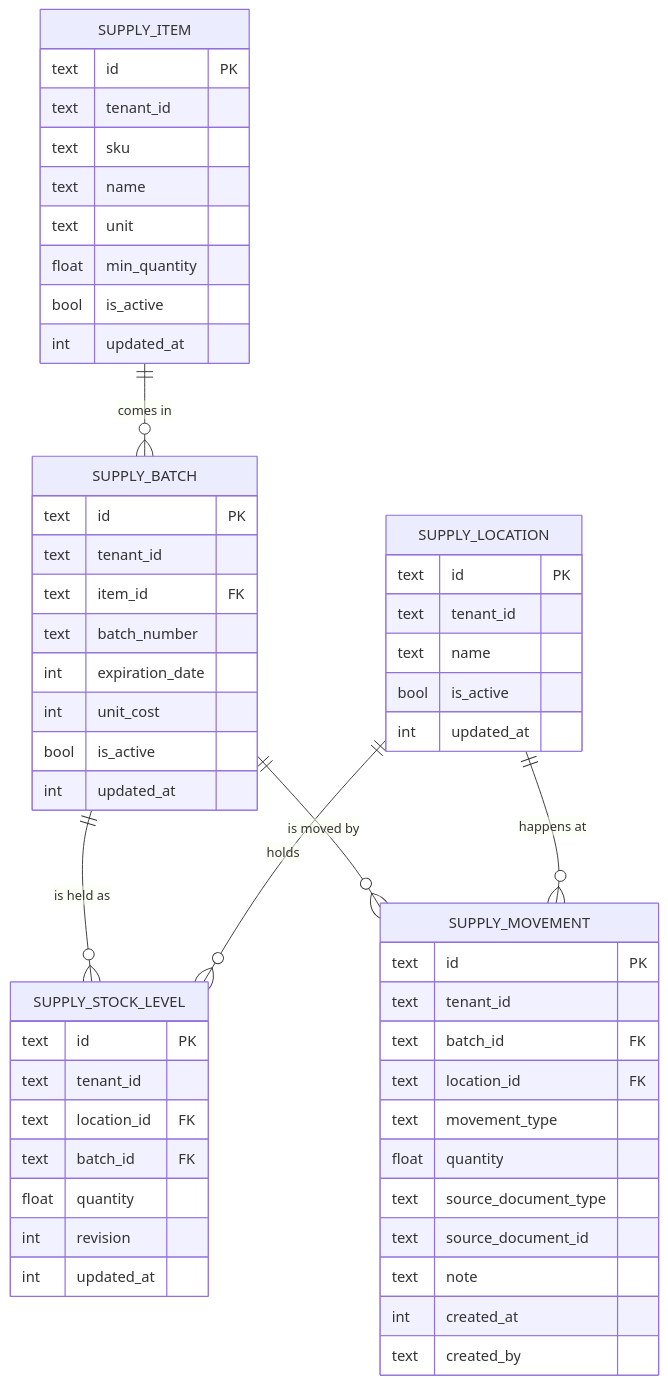
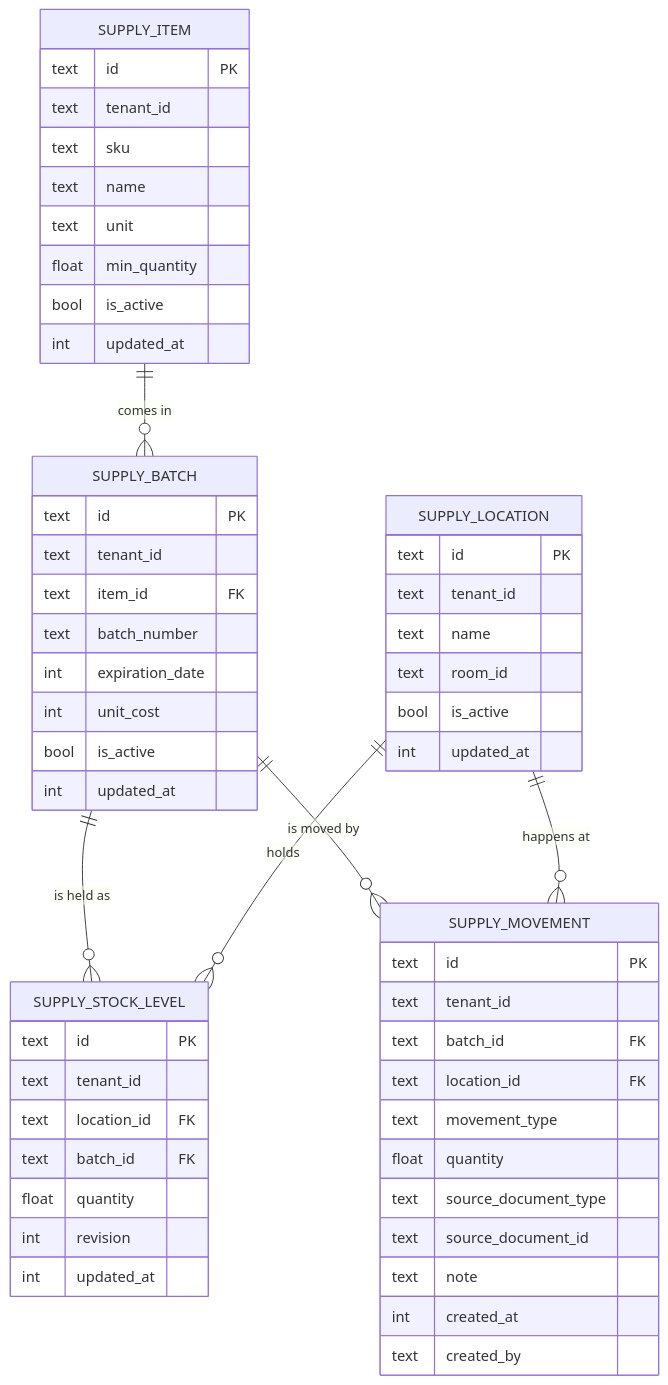
The diagram in docs/diagrams/database.md (veltylabs/supply_manager), drawn with Mermaid before and after one commit. The commit also changed 9 other files, not shown here.

````diff
--- a/docs/diagrams/database.md
+++ b/docs/diagrams/database.md
@@ -3,57 +3,58 @@
 ```mermaid
 erDiagram
     SUPPLY_ITEM ||--o{ SUPPLY_BATCH : "comes in"
     SUPPLY_BATCH ||--o{ SUPPLY_STOCK_LEVEL : "is held as"
     SUPPLY_LOCATION ||--o{ SUPPLY_STOCK_LEVEL : "holds"
     SUPPLY_BATCH ||--o{ SUPPLY_MOVEMENT : "is moved by"
     SUPPLY_LOCATION ||--o{ SUPPLY_MOVEMENT : "happens at"
     SUPPLY_ITEM {
         text id PK
         text tenant_id
         text sku
         text name
         text unit
         float min_quantity
         bool is_active
         int updated_at
     }
     SUPPLY_LOCATION {
         text id PK
         text tenant_id
         text name
+        text room_id
         bool is_active
         int updated_at
     }
     SUPPLY_BATCH {
         text id PK
         text tenant_id
         text item_id FK
         text batch_number
         int expiration_date
         int unit_cost
         bool is_active
         int updated_at
     }
     SUPPLY_STOCK_LEVEL {
         text id PK
         text tenant_id
         text location_id FK
         text batch_id FK
         float quantity
         int revision
         int updated_at
     }
     SUPPLY_MOVEMENT {
         text id PK
         text tenant_id
         text batch_id FK
         text location_id FK
         text movement_type
         float quantity
         text source_document_type
         text source_document_id
         text note
         int created_at
         text created_by
     }
 ```
````
